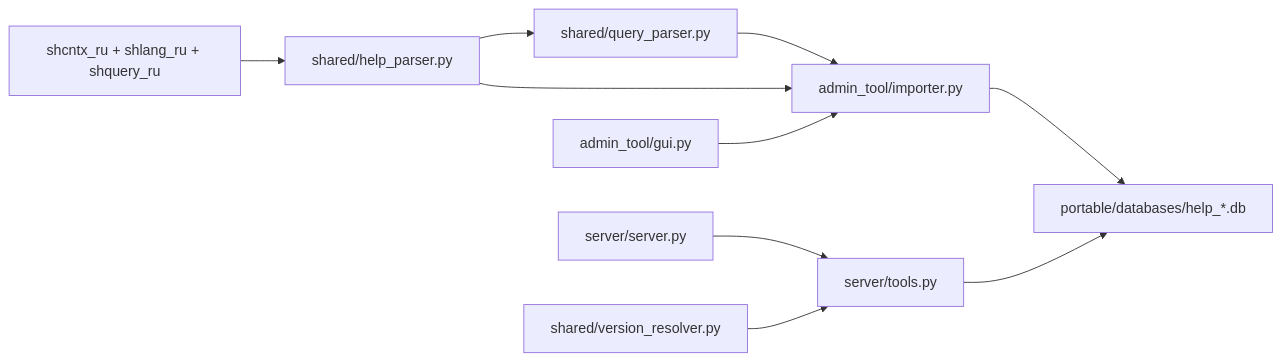
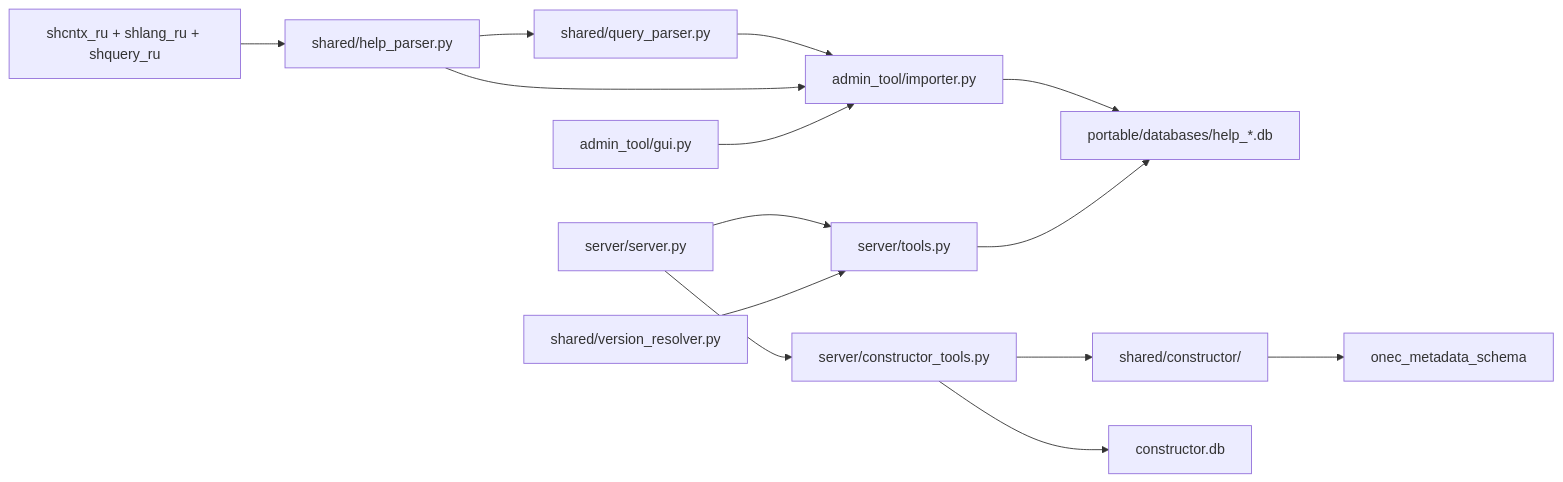
One commit to ai6i4yvu6147-coder/1c-help-mcp-server changed the first of 2 diagrams in docs/architecture.md. Above: the diagram before and after it, drawn with Mermaid. The commit also changed other lines of this file and 15 other files, not shown here.

First line of the commit message:
Add Stage E metadata constructor MCP tools and export pipeline.

````diff
--- a/docs/architecture.md
+++ b/docs/architecture.md
@@ -5,12 +5,16 @@
 ```mermaid
 flowchart LR
   HBK["shcntx_ru + shlang_ru + shquery_ru"] --> Parser["shared/help_parser.py"]
   Parser --> QueryParser["shared/query_parser.py"]
   QueryParser --> Importer["admin_tool/importer.py"]
   Parser --> Importer
   Importer --> SQLite["portable/databases/help_*.db"]
   Admin["admin_tool/gui.py"] --> Importer
   MCP["server/server.py"] --> Tools["server/tools.py"]
+  MCP --> ConstructorTools["server/constructor_tools.py"]
   Tools --> SQLite
   Resolver["shared/version_resolver.py"] --> Tools
+  ConstructorTools --> Constructor["shared/constructor/"]
+  ConstructorTools --> ConstructorDB["constructor.db"]
+  Constructor --> Lib["onec_metadata_schema"]
 ```
````
